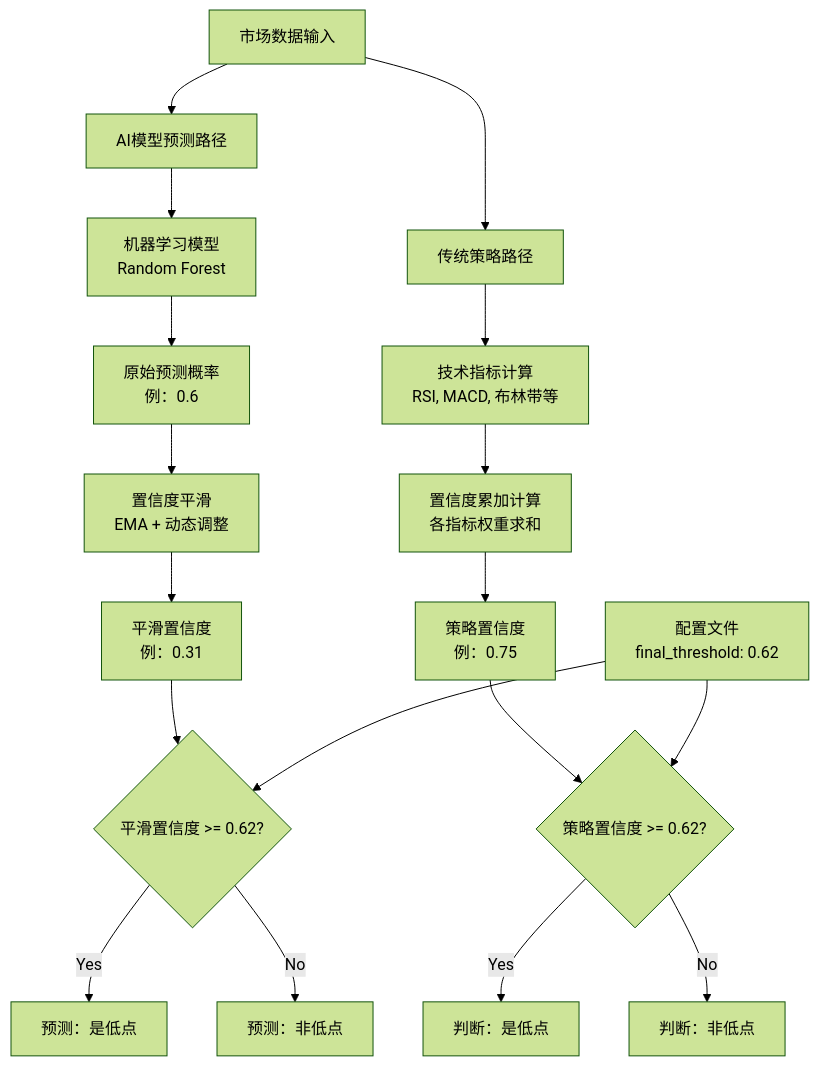
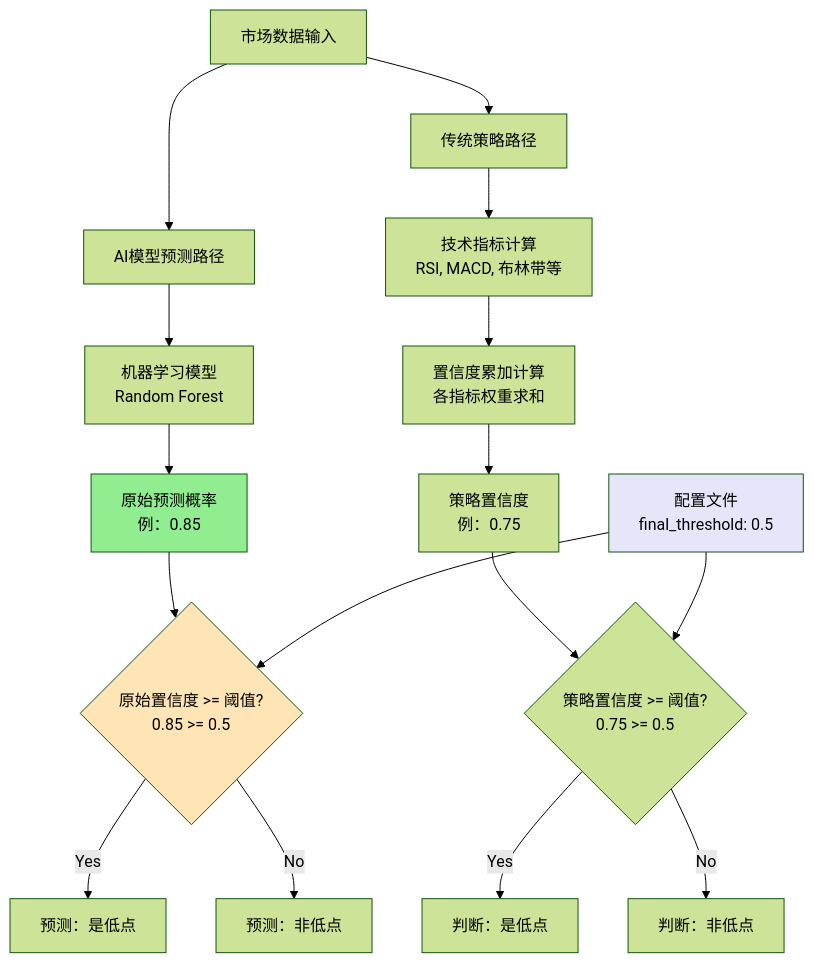
Before and after one commit to honins/csi_quant: the first of 2 diagrams in docs/confidence_threshold_analysis.md, drawn with Mermaid (forest theme). The commit also changed other lines of this file and 26 other files, not shown here.

````diff
--- a/docs/confidence_threshold_analysis.md
+++ b/docs/confidence_threshold_analysis.md
@@ -106,23 +86,25 @@
 ```mermaid
 graph TD
     A["市场数据输入"] --> B["AI模型预测路径"]
     A --> C["传统策略路径"]
     
     B --> D["机器学习模型<br/>Random Forest"]
-    D --> E["原始预测概率<br/>例：0.6"]
-    E --> F["置信度平滑<br/>EMA + 动态调整"]
-    F --> G["平滑置信度<br/>例：0.31"]
-    G --> H{"平滑置信度 >= 0.62?"}
-    H -->|Yes| I["预测：是低点"]
-    H -->|No| J["预测：非低点"]
+    D --> E["原始预测概率<br/>例：0.85"]
+    E --> F{"原始置信度 >= 阈值?<br/>0.85 >= 0.5"}
+    F -->|Yes| G["预测：是低点"]
+    F -->|No| H["预测：非低点"]
     
-    C --> K["技术指标计算<br/>RSI, MACD, 布林带等"]
-    K --> L["置信度累加计算<br/>各指标权重求和"]
-    L --> M["策略置信度<br/>例：0.75"]
-    M --> N{"策略置信度 >= 0.62?"}
-    N -->|Yes| O["判断：是低点"]
-    N -->|No| P["判断：非低点"]
+    C --> I["技术指标计算<br/>RSI, MACD, 布林带等"]
+    I --> J["置信度累加计算<br/>各指标权重求和"]
+    J --> K["策略置信度<br/>例：0.75"]
+    K --> L{"策略置信度 >= 阈值?<br/>0.75 >= 0.5"}
+    L -->|Yes| M["判断：是低点"]
+    L -->|No| N["判断：非低点"]
     
-    Q["配置文件<br/>final_threshold: 0.62"] --> H
-    Q --> N
+    O["配置文件<br/>final_threshold: 0.5"] --> F
+    O --> L
+    
+    style E fill:#90EE90
+    style F fill:#FFE4B5
+    style O fill:#E6E6FA
 ```
````
